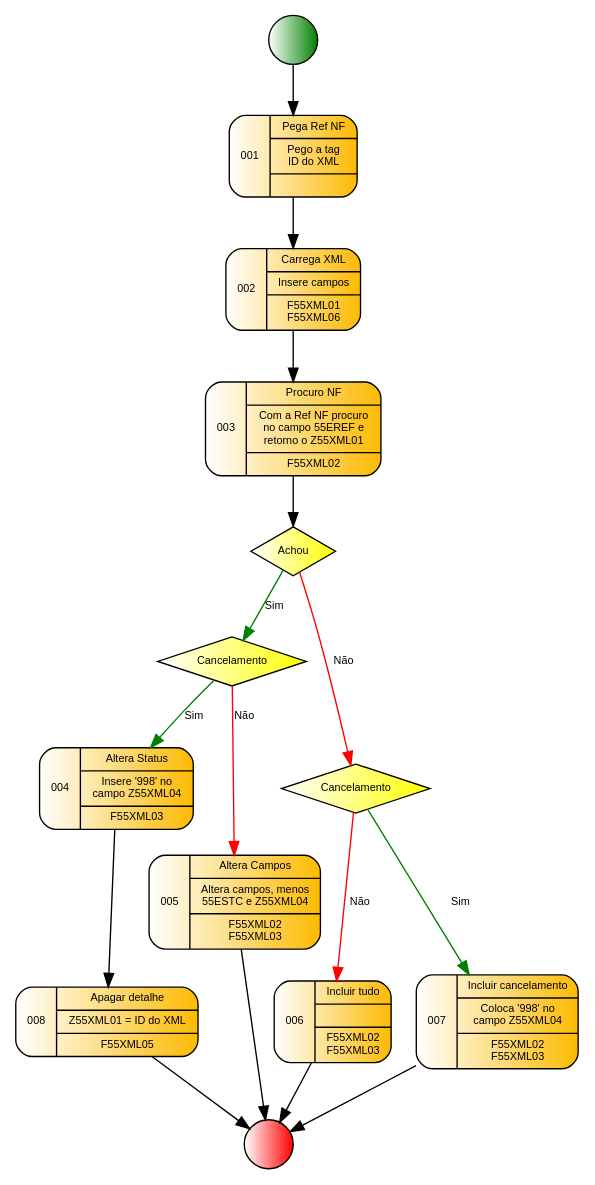
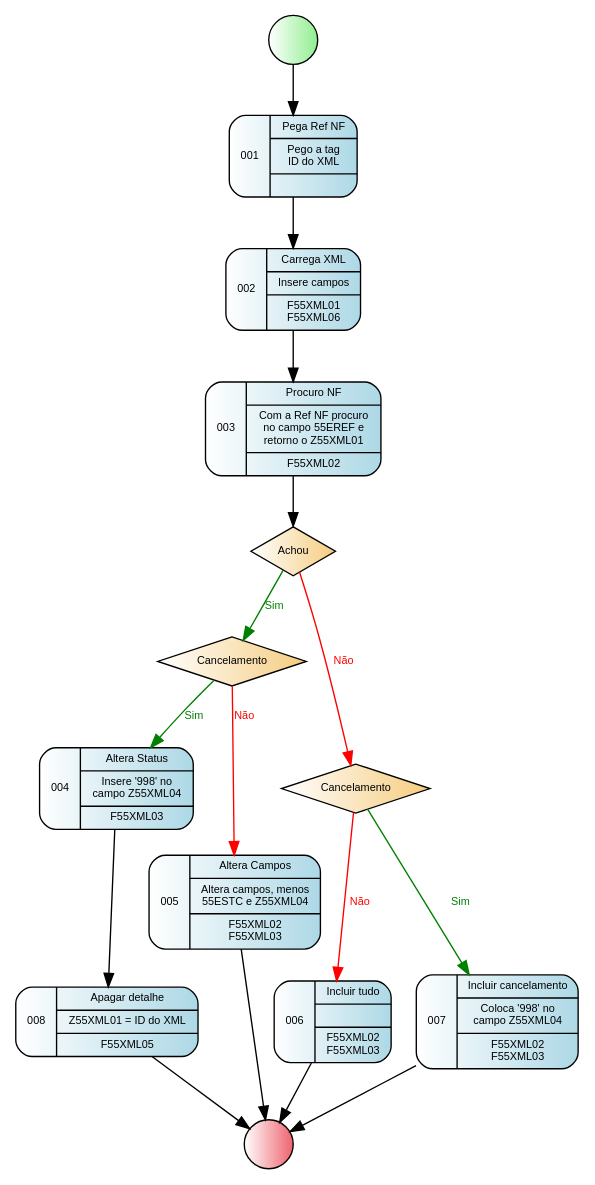
One commit to GiovaniPM/Graphs changed the diagram in XML Process.gv. Above: the diagram before and after it, drawn with Graphviz.

Commit message:
giova(DESKTOP-PG18CKU) 200229084904

```diff
--- a/XML Process.gv
+++ b/XML Process.gv
@@ -1,117 +1,117 @@
 digraph R {
     nodeini [
                 shape=circle,
                 style="filled",
-                fillcolor="white:green",
+                fillcolor="white:lightgreen",
                 label=""
             ]
     node001 [
                 fontname = "Arial",
                 fontsize = 8,
                 shape=record,
                 style="rounded,filled",
-                fillcolor="white:#fcba03"
+                fillcolor="white:lightblue"
                 label="001|{Pega Ref NF|Pego a tag\n ID do XML|}"
             ]
     node002 [
                 fontname = "Arial",
                 fontsize = 8,
                 shape=record,
                 style="rounded,filled",
-                fillcolor="white:#fcba03"
+                fillcolor="white:lightblue"
                 label="002|{Carrega XML|Insere campos|F55XML01\nF55XML06}"
             ]
     node003 [
                 fontname = "Arial",
                 fontsize = 8,
                 shape=record,
                 style="rounded,filled",
-                fillcolor="white:#fcba03"
+                fillcolor="white:lightblue"
                 label="003|{Procuro NF|Com a Ref NF procuro\nno campo 55EREF e\nretorno o Z55XML01|F55XML02}"
             ]
     node004 [
                 fontname = "Arial",
                 fontsize = 8,
                 shape=record,
                 style="rounded,filled",
-                fillcolor="white:#fcba03"
+                fillcolor="white:lightblue"
                 label="004|{Altera Status|Insere '998' no\ncampo Z55XML04|F55XML03}"
             ]
     node005 [
                 fontname = "Arial",
                 fontsize = 8,
                 shape=record,
                 style="rounded,filled",
-                fillcolor="white:#fcba03"
+                fillcolor="white:lightblue"
                 label="005|{Altera Campos|Altera campos, menos\n55ESTC e Z55XML04|F55XML02\nF55XML03}"
             ]
     node006 [
                 fontname = "Arial",
                 fontsize = 8,
                 shape=record,
                 style="rounded,filled",
-                fillcolor="white:#fcba03"
+                fillcolor="white:lightblue"
                 label="006|{Incluir tudo||F55XML02\nF55XML03}"
             ]
     node007 [
                 fontname = "Arial",
                 fontsize = 8,
                 shape=record,
                 style="rounded,filled",
-                fillcolor="white:#fcba03"
+                fillcolor="white:lightblue"
                 label="007|{Incluir cancelamento|Coloca '998' no\ncampo Z55XML04|F55XML02\nF55XML03}"
             ]
     node008 [
                 fontname = "Arial",
                 fontsize = 8,
                 shape=record,
                 style="rounded,filled",
-                fillcolor="white:#fcba03"
+                fillcolor="white:lightblue"
                 label="008|{Apagar detalhe|Z55XML01 = ID do XML|F55XML05}"
             ]
     node010 [
                 fontname = "Arial",
                 fontsize = 8,
-                fillcolor="white:yellow",
+                fillcolor="white:#f5cc7f",
                 style="filled",
                 shape=diamond
                 label="Achou"
             ]
     node011 [
                 fontname = "Arial",
                 fontsize = 8,
-                fillcolor="white:yellow",
+                fillcolor="white:#f5cc7f",
                 style="filled",
                 shape=diamond
                 label="Cancelamento"
             ]
     node012 [
                 fontname = "Arial",
                 fontsize = 8,
-                fillcolor="white:yellow",
+                fillcolor="white:#f5cc7f",
                 style="filled",
                 shape=diamond
                 label="Cancelamento"
             ]
     nodefin [
                 shape=circle,
                 style="filled",
-                fillcolor="white:red",
+                fillcolor="white:#ee636e",
                 label=""
             ]
     nodeini -> node001
     node001 -> node002
     node002 -> node003
     node003 -> node010
-    node010 -> node011 [fontname = "Arial", fontsize = 8, color="green", label="Sim"]
-    node010 -> node012 [fontname = "Arial", fontsize = 8, color="red", label="Não"]
-    node011 -> node004 [fontname = "Arial", fontsize = 8, color="green", label="Sim"]
-    node011 -> node005 [fontname = "Arial", fontsize = 8, color="red", label="Não"]
+    node010 -> node011 [fontname = "Arial", fontsize = 8, fontcolor="green", color="green", label="Sim"]
+    node010 -> node012 [fontname = "Arial", fontsize = 8, fontcolor="red", color="red", label="Não"]
+    node011 -> node004 [fontname = "Arial", fontsize = 8, fontcolor="green", color="green", label="Sim"]
+    node011 -> node005 [fontname = "Arial", fontsize = 8, fontcolor="red", color="red", label="Não"]
     node004 -> node008
-    node012 -> node007 [fontname = "Arial", fontsize = 8, color="green", label="Sim"]
-    node012 -> node006 [fontname = "Arial", fontsize = 8, color="red", label="Não"]
+    node012 -> node007 [fontname = "Arial", fontsize = 8, fontcolor="green", color="green", label="Sim"]
+    node012 -> node006 [fontname = "Arial", fontsize = 8, fontcolor="red", color="red", label="Não"]
     node008 -> nodefin
     node006 -> nodefin
     node005 -> nodefin
     node007 -> nodefin
 }
```
